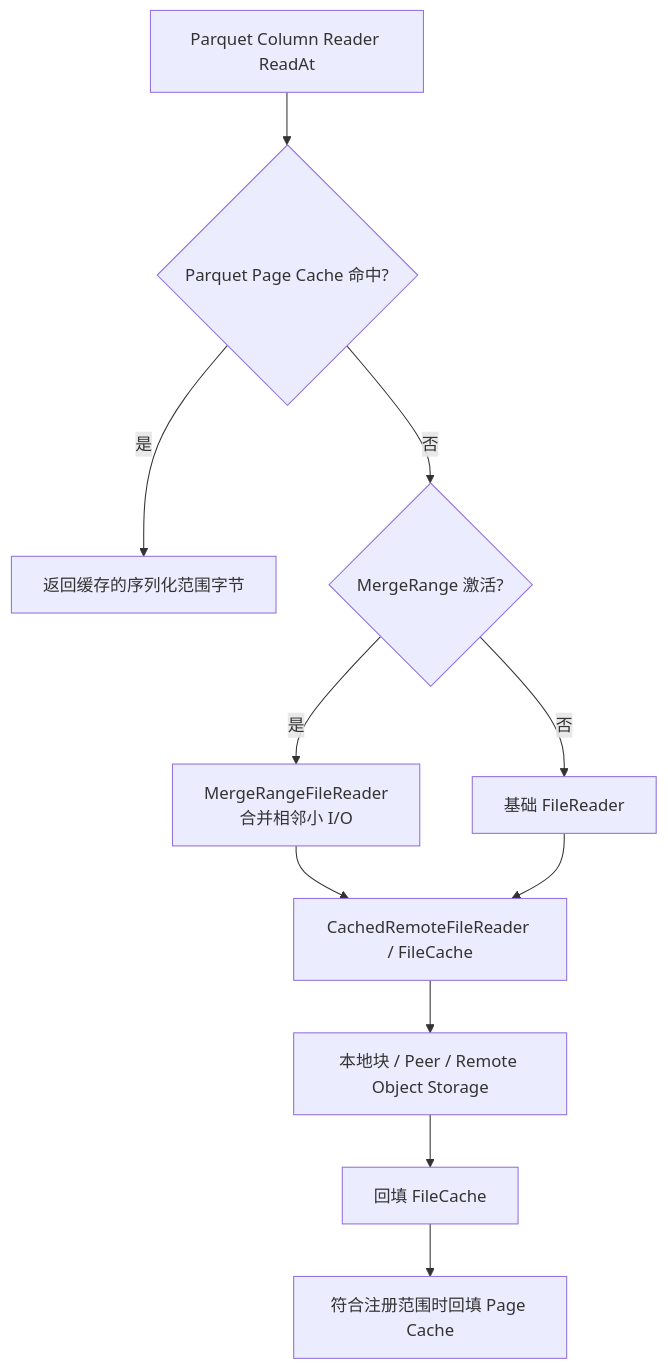
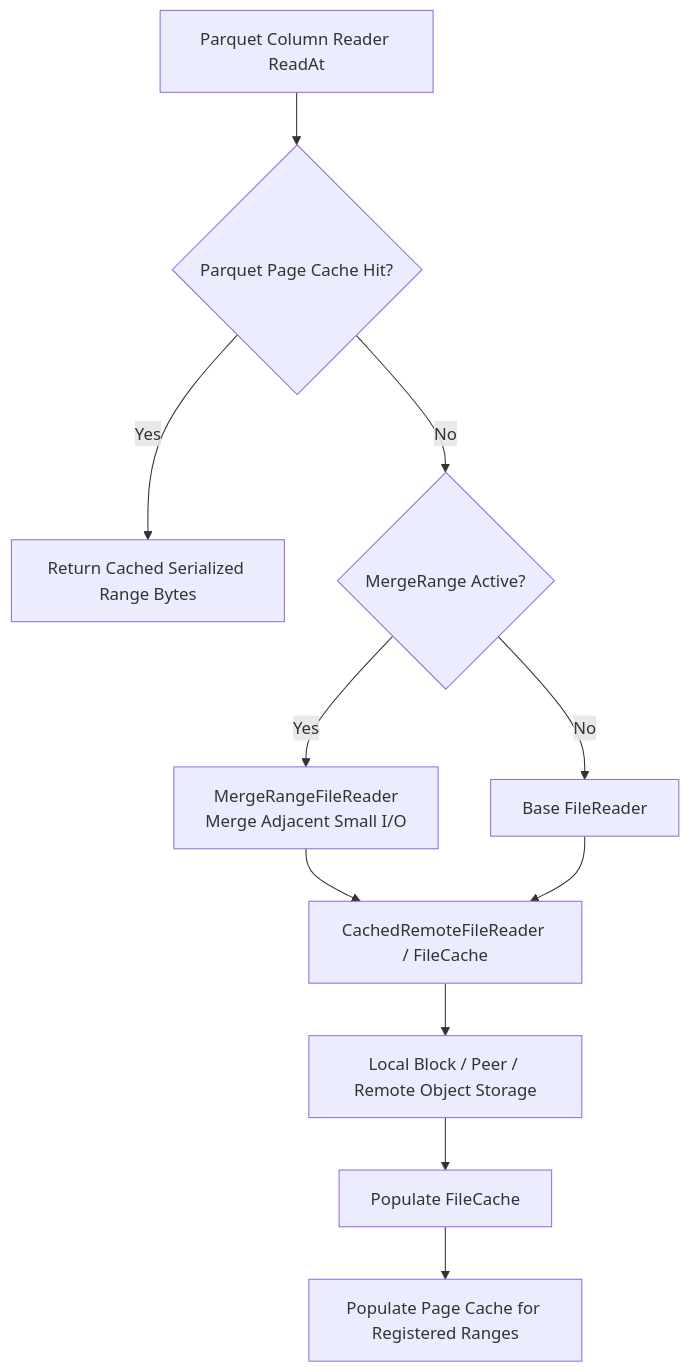
One commit to apache/doris changed the ninth of 13 diagrams in docs/file-scanner-v2-parquet-scan-design.md. Above: the diagram before and after it, drawn with Mermaid. The commit also changed other lines of this file and 1 other file, not shown here.

````diff
--- a/docs/file-scanner-v2-parquet-scan-design.md
+++ b/docs/file-scanner-v2-parquet-scan-design.md
@@ -292,13 +321,13 @@
 ```mermaid
 flowchart TB
-  A[Parquet Column Reader ReadAt] --> B{Parquet Page Cache 命中?}
-  B -- "是" --> C[返回缓存的序列化范围字节]
-  B -- "否" --> D{MergeRange 激活?}
-  D -- "是" --> E[MergeRangeFileReader<br>合并相邻小 I/O]
-  D -- "否" --> F[基础 FileReader]
+  A[Parquet Column Reader ReadAt] --> B{Parquet Page Cache Hit?}
+  B -- "Yes" --> C[Return Cached Serialized Range Bytes]
+  B -- "No" --> D{MergeRange Active?}
+  D -- "Yes" --> E[MergeRangeFileReader<br>Merge Adjacent Small I/O]
+  D -- "No" --> F[Base FileReader]
   E --> G[CachedRemoteFileReader / FileCache]
   F --> G
-  G --> H[本地块 / Peer / Remote Object Storage]
-  H --> I[回填 FileCache]
-  I --> J[符合注册范围时回填 Page Cache]
+  G --> H[Local Block / Peer / Remote Object Storage]
+  H --> I[Populate FileCache]
+  I --> J[Populate Page Cache for Registered Ranges]
 ```
````
